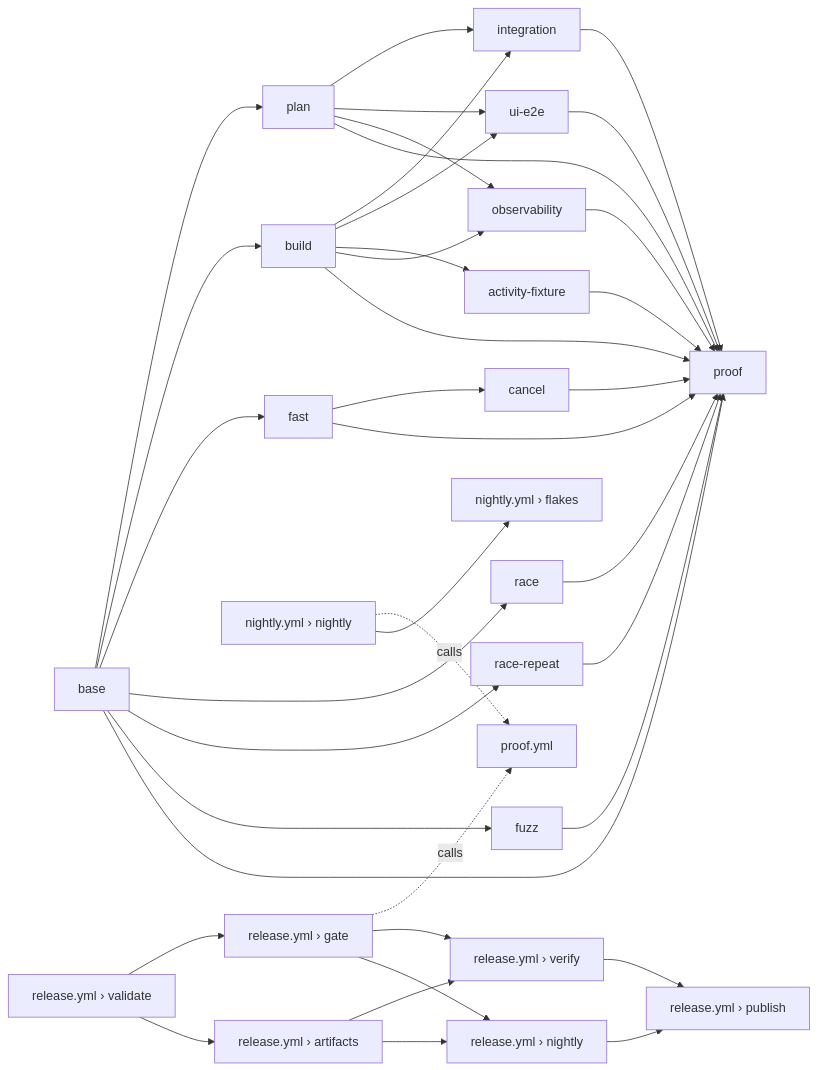
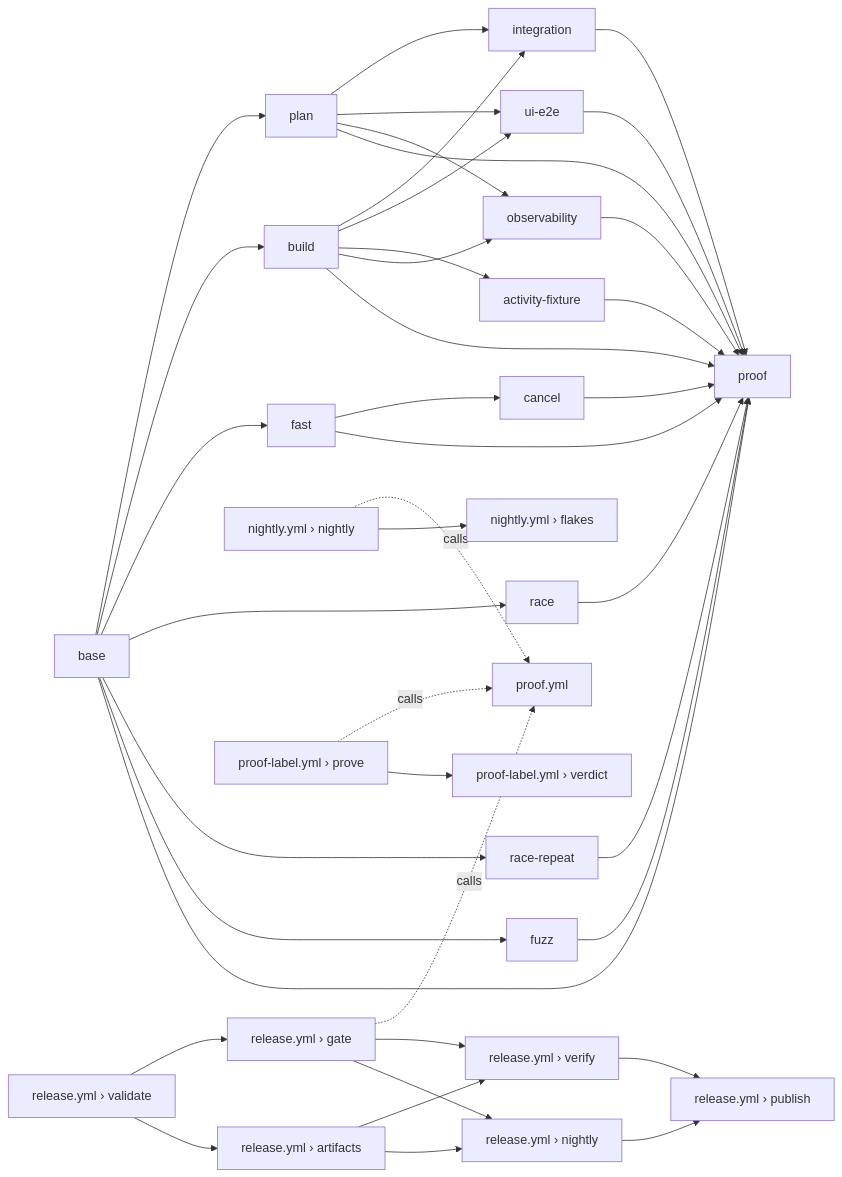
One commit to orkstack/orkstack changed the diagram in docs/PROOFS.md. Above: the diagram before and after it, drawn with Mermaid. The commit also changed other lines of this file and 551 other files, not shown here.

````diff
--- a/docs/PROOFS.md
+++ b/docs/PROOFS.md
@@ -622,14 +623,16 @@
 ```mermaid
 flowchart LR
   base --> plan & build & fast & race & race_repeat["race-repeat"] & fuzz
   fast --> cancel
   plan --> integration & ui_e2e["ui-e2e"] & observability
   build --> integration & ui_e2e & activity_fixture["activity-fixture"] & observability
   base & plan & build & fast & cancel & race & race_repeat & fuzz & integration & ui_e2e & activity_fixture & observability --> proof
   nightly["nightly.yml › nightly"] -. calls .-> callee["proof.yml"]
   gate["release.yml › gate"] -. calls .-> callee
+  prove["proof-label.yml › prove"] -. calls .-> callee
+  prove --> label_verdict["proof-label.yml › verdict"]
   validate["release.yml › validate"] --> gate --> verify["release.yml › verify"]
   validate --> artifacts["release.yml › artifacts"] --> verify --> publish["release.yml › publish"]
   gate & artifacts --> release_nightly["release.yml › nightly"] --> publish
   nightly --> flakes["nightly.yml › flakes"]
 ```
````
